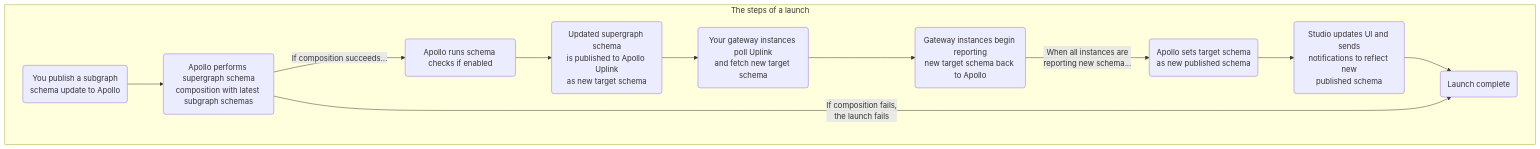
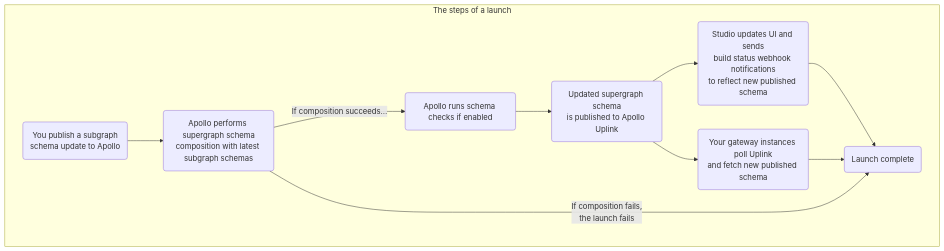
Before and after one commit to apollographql/apollo: the diagram in studio-docs/source/launches.mdx, drawn with Mermaid. The commit also changed other lines of this file and 1 other file, not shown here.

````diff
--- a/studio-docs/source/launches.mdx
+++ b/studio-docs/source/launches.mdx
@@ -29,14 +36,13 @@
 ```mermaid
 graph TB;
   subgraph "The steps of a launch"
   subgraphPublished(You publish a subgraph <br/>schema update to Apollo) --> composition(Apollo performs supergraph schema<br/>composition with latest subgraph schemas);
   composition --"If composition succeeds..."-->checks(Apollo runs schema checks if enabled);
-  checks-->uplink(Updated supergraph schema<br/>is published to Apollo Uplink<br/>as new target schema);
-  uplink --> gateways(Your gateway instances poll Uplink<br/>and fetch new target schema);
-  gateways --> reportSchema(Gateway instances begin reporting<br/>new target schema back to Apollo);
-  reportSchema --"When all instances are<br/> reporting new schema..."-->publishedSchema(Apollo sets target schema<br/>as new published schema)
-  publishedSchema --> studio(Studio updates UI and sends<br/>notifications to reflect new<br/>published schema);
+  checks-->uplink(Updated supergraph schema<br/>is published to Apollo Uplink);
+  uplink-->studio(Studio updates UI and sends<br/>build status webhook notifications<br/>to reflect new published schema);
+  uplink --> gateways(Your gateway instances poll Uplink<br/>and fetch new published schema);
   studio --> complete(Launch complete);
+  gateways-->complete;
   composition --"If composition fails,<br/>the launch fails"--> complete;
   end
 ```
````
